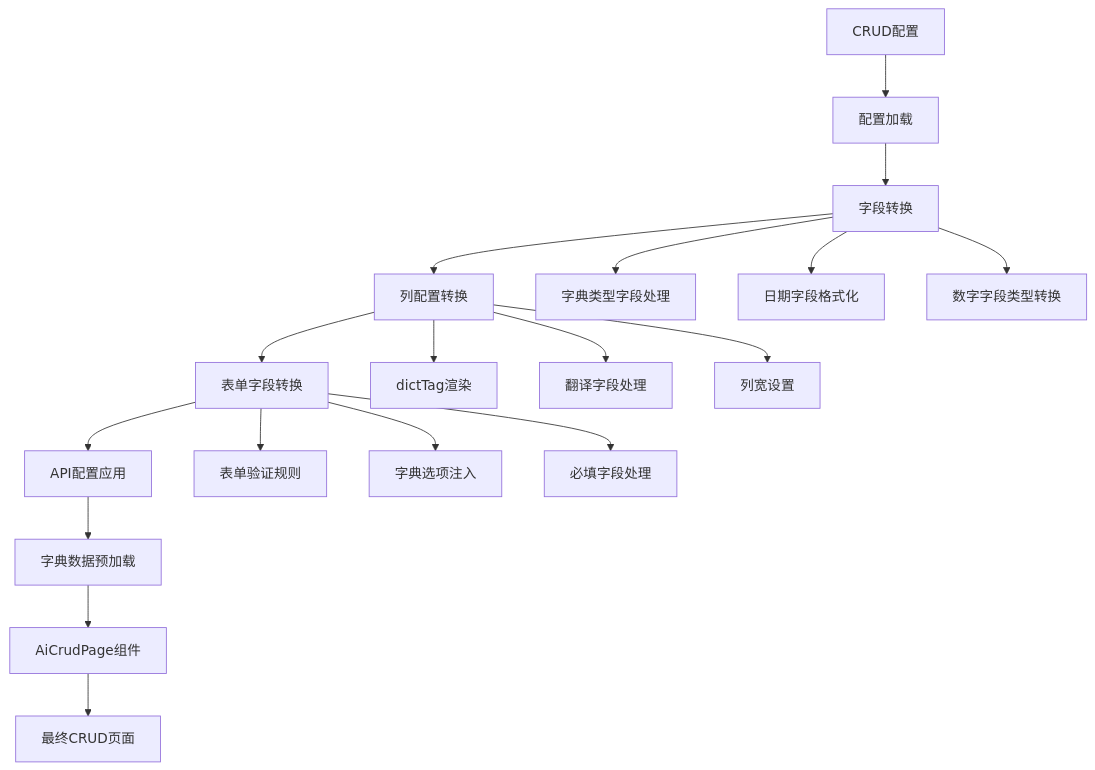
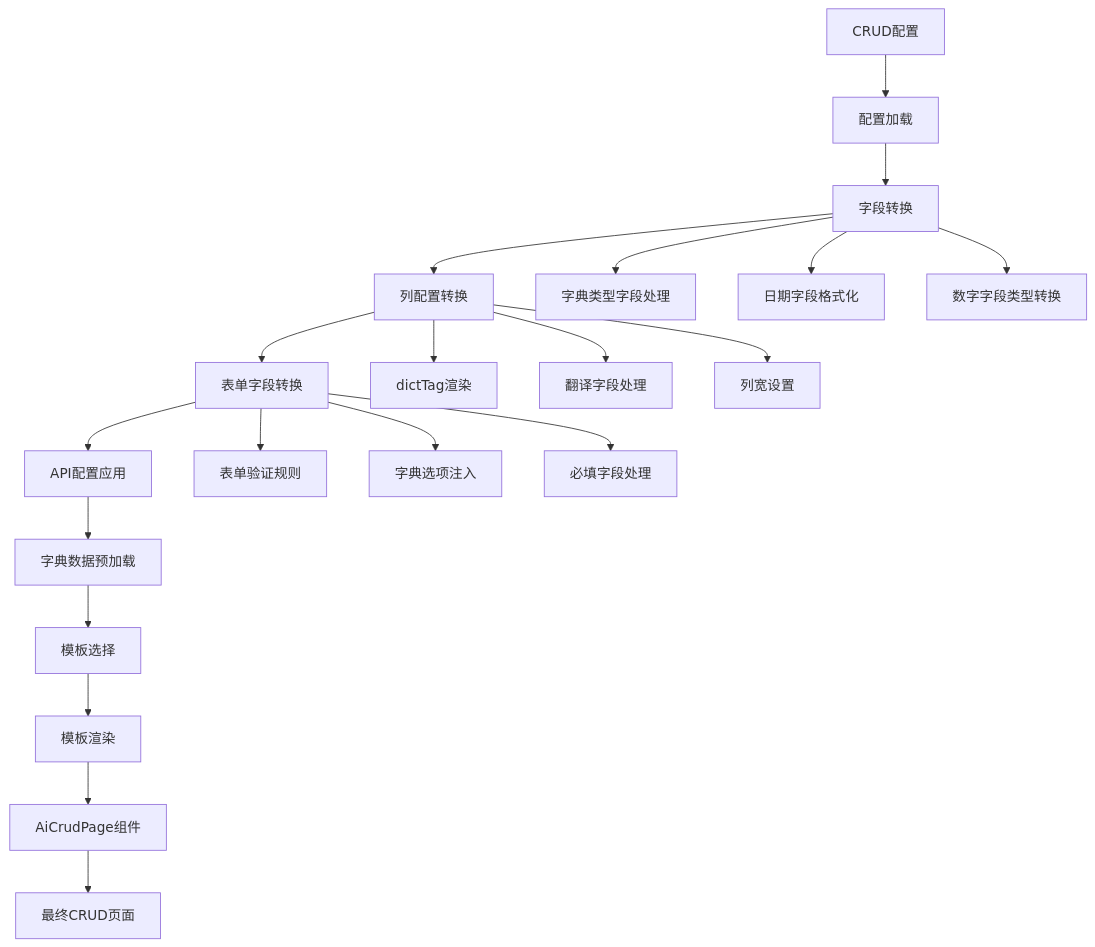
One commit to yaomindong1996/forge-admin changed diagram 14 of 14 in .qoder/repowiki/zh/content/核心功能模块/AI CRUD生成器.md. Above: the diagram before and after it, drawn with Mermaid. The commit also changed other lines of this file and 7 other files, not shown here.

````diff
--- a/.qoder/repowiki/zh/content/核心功能模块/AI CRUD生成器.md
+++ b/.qoder/repowiki/zh/content/核心功能模块/AI CRUD生成器.md
@@ -339,20 +546,22 @@
 ```mermaid
 flowchart TD
 A[CRUD配置] --> B[配置加载]
 B --> C[字段转换]
 C --> D[列配置转换]
 D --> E[表单字段转换]
 E --> F[API配置应用]
 F --> G[字典数据预加载]
-G --> H[AiCrudPage组件]
-H --> I[最终CRUD页面]
-C --> J[字典类型字段处理]
-C --> K[日期字段格式化]
-C --> L[数字字段类型转换]
-D --> M[dictTag渲染]
-D --> N[翻译字段处理]
-D --> O[列宽设置]
-E --> P[表单验证规则]
-E --> Q[字典选项注入]
-E --> R[必填字段处理]
+G --> H[模板选择]
+H --> I[模板渲染]
+I --> J[AiCrudPage组件]
+J --> K[最终CRUD页面]
+C --> L[字典类型字段处理]
+C --> M[日期字段格式化]
+C --> N[数字字段类型转换]
+D --> O[dictTag渲染]
+D --> P[翻译字段处理]
+D --> Q[列宽设置]
+E --> R[表单验证规则]
+E --> S[字典选项注入]
+E --> T[必填字段处理]
 ```
````
